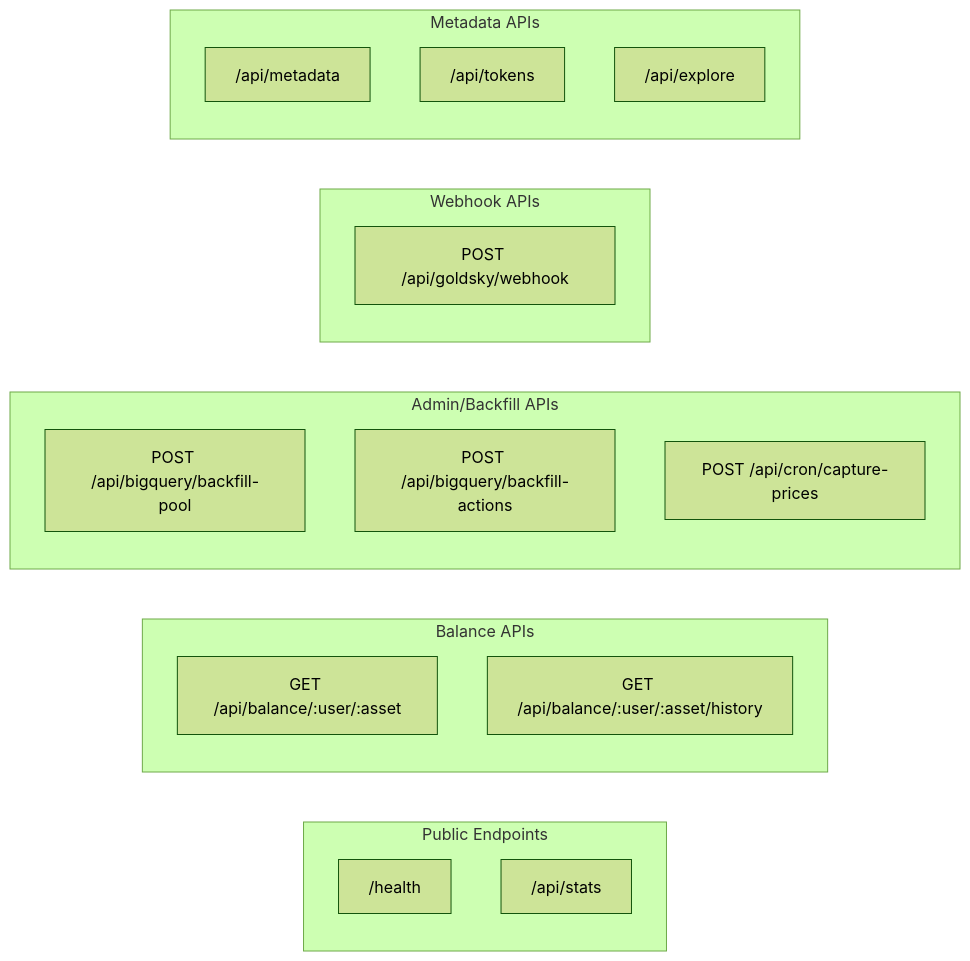
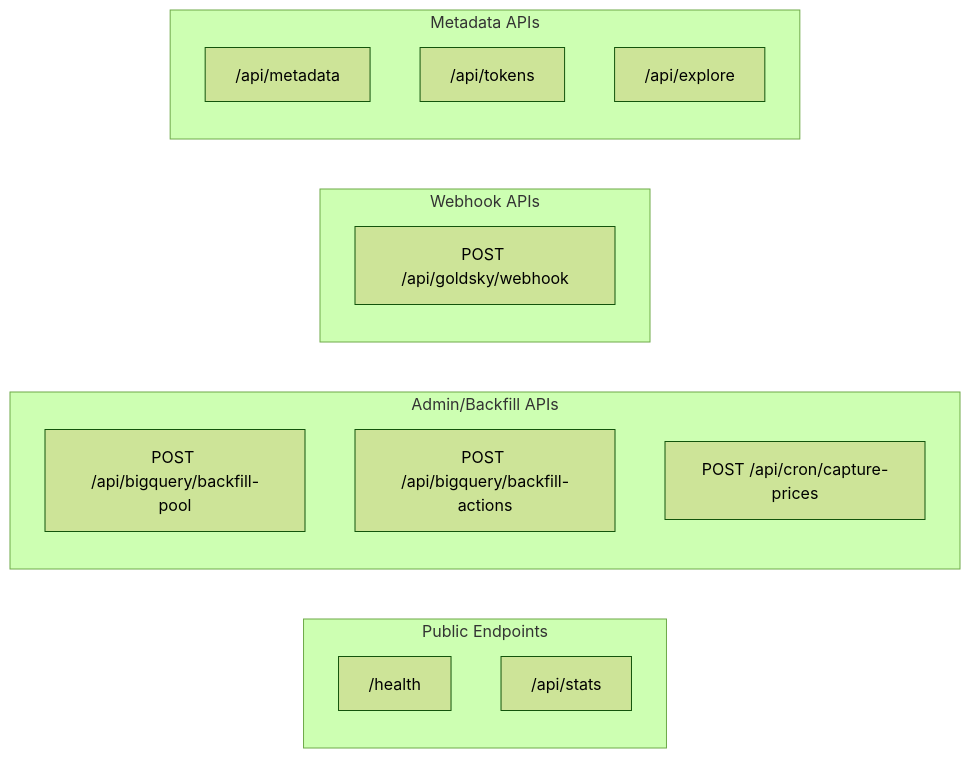
One commit to brunomlr/blend-indexer changed the fifth of 6 diagrams in README.md. Above: the diagram before and after it, drawn with Mermaid (forest theme). The commit also changed other lines of this file, not shown here.

Commit message:
chore: remove balance calculation section and related endpoints from README.md

````diff
--- a/README.md
+++ b/README.md
@@ -513,28 +507,23 @@
 ```mermaid
 flowchart LR
     subgraph Public["Public Endpoints"]
         H["/health"]
         S["/api/stats"]
-    end
-
-    subgraph Balance["Balance APIs"]
-        B1["GET /api/balance/:user/:asset"]
-        B2["GET /api/balance/:user/:asset/history"]
     end
 
     subgraph Admin["Admin/Backfill APIs"]
         A1["POST /api/bigquery/backfill-pool"]
         A2["POST /api/bigquery/backfill-actions"]
         A3["POST /api/cron/capture-prices"]
     end
 
     subgraph Webhook["Webhook APIs"]
         W1["POST /api/goldsky/webhook"]
     end
 
     subgraph Meta["Metadata APIs"]
         M1["/api/metadata"]
         M2["/api/tokens"]
         M3["/api/explore"]
     end
 ```
````
